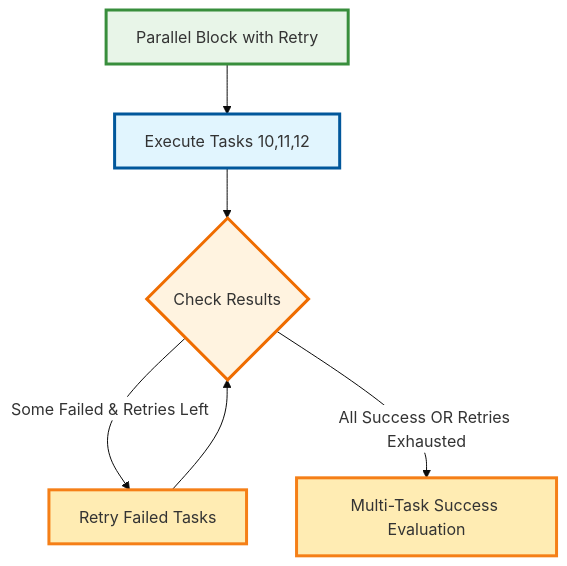
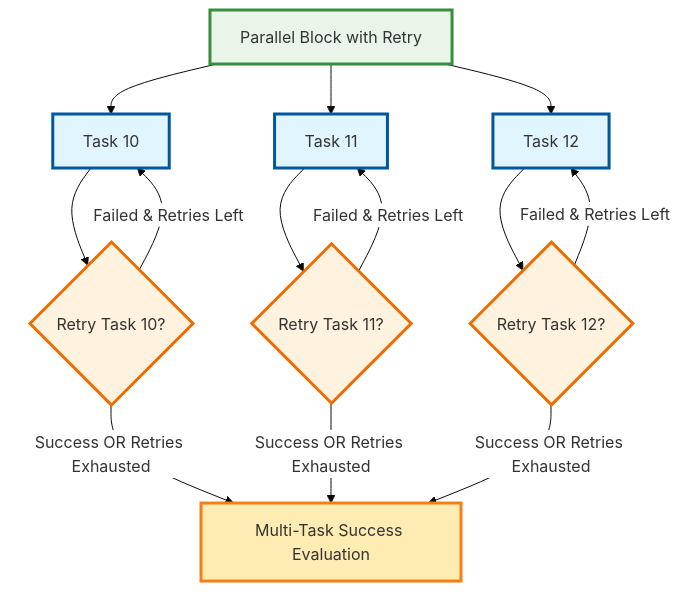
The eighth of 14 diagrams in TaskER_FlowChart.md (bastelbude1/Tasker), drawn with Mermaid before and after one commit.

Commit message:
Simplify: Optimize Parallel Block with Retry graph for clarity
- Changed from complex centralized retry logic to individual task retry checks
- Now matches Parallel Block structure: A → B,C,D → individual retry checks → H
- Each task has its own retry decision node (Retry Task 10/11/12?)
- Failed tasks loop back to themselves for retry attempts
- Successful or exhausted tasks proceed to Multi-Task Success Evaluation
- Much clearer visualization of per-task retry logic vs centralized approach
- Maintains same functionality with better understanding

🤖 Generated with [Claude Code](https://claude.ai/code)

````diff
--- a/TaskER_FlowChart.md
+++ b/TaskER_FlowChart.md
@@ -359,15 +359,25 @@
 ```mermaid
 %%{init: {'theme':'base', 'themeVariables': {'primaryColor':'#ffffff'}}}%%
 flowchart TD
-    A[Parallel Block with Retry] --> B[Execute Tasks 10,11,12]
-    B --> C{Check Results}
-    C -->|Some Failed & Retries Left| D[Retry Failed Tasks]
-    D --> C
-    C -->|All Success OR Retries Exhausted| E[Multi-Task Success Evaluation]
+    A[Parallel Block with Retry] --> B[Task 10]
+    A --> C[Task 11]
+    A --> D[Task 12]
+    B --> E{Retry Task 10?}
+    C --> F{Retry Task 11?}
+    D --> G{Retry Task 12?}
+    E -->|Failed & Retries Left| B
+    E -->|Success OR Retries Exhausted| H[Multi-Task Success Evaluation]
+    F -->|Failed & Retries Left| C
+    F -->|Success OR Retries Exhausted| H
+    G -->|Failed & Retries Left| D
+    G -->|Success OR Retries Exhausted| H
 
     style A fill:#e8f5e8,stroke:#388e3c,stroke-width:3px
     style B fill:#e1f5fe,stroke:#01579b,stroke-width:3px
-    style C fill:#fff3e0,stroke:#ef6c00,stroke-width:3px
-    style D fill:#ffecb3,stroke:#f57f17,stroke-width:3px
-    style E fill:#ffecb3,stroke:#f57f17,stroke-width:3px
+    style C fill:#e1f5fe,stroke:#01579b,stroke-width:3px
+    style D fill:#e1f5fe,stroke:#01579b,stroke-width:3px
+    style E fill:#fff3e0,stroke:#ef6c00,stroke-width:3px
+    style F fill:#fff3e0,stroke:#ef6c00,stroke-width:3px
+    style G fill:#fff3e0,stroke:#ef6c00,stroke-width:3px
+    style H fill:#ffecb3,stroke:#f57f17,stroke-width:3px
 ```
````
